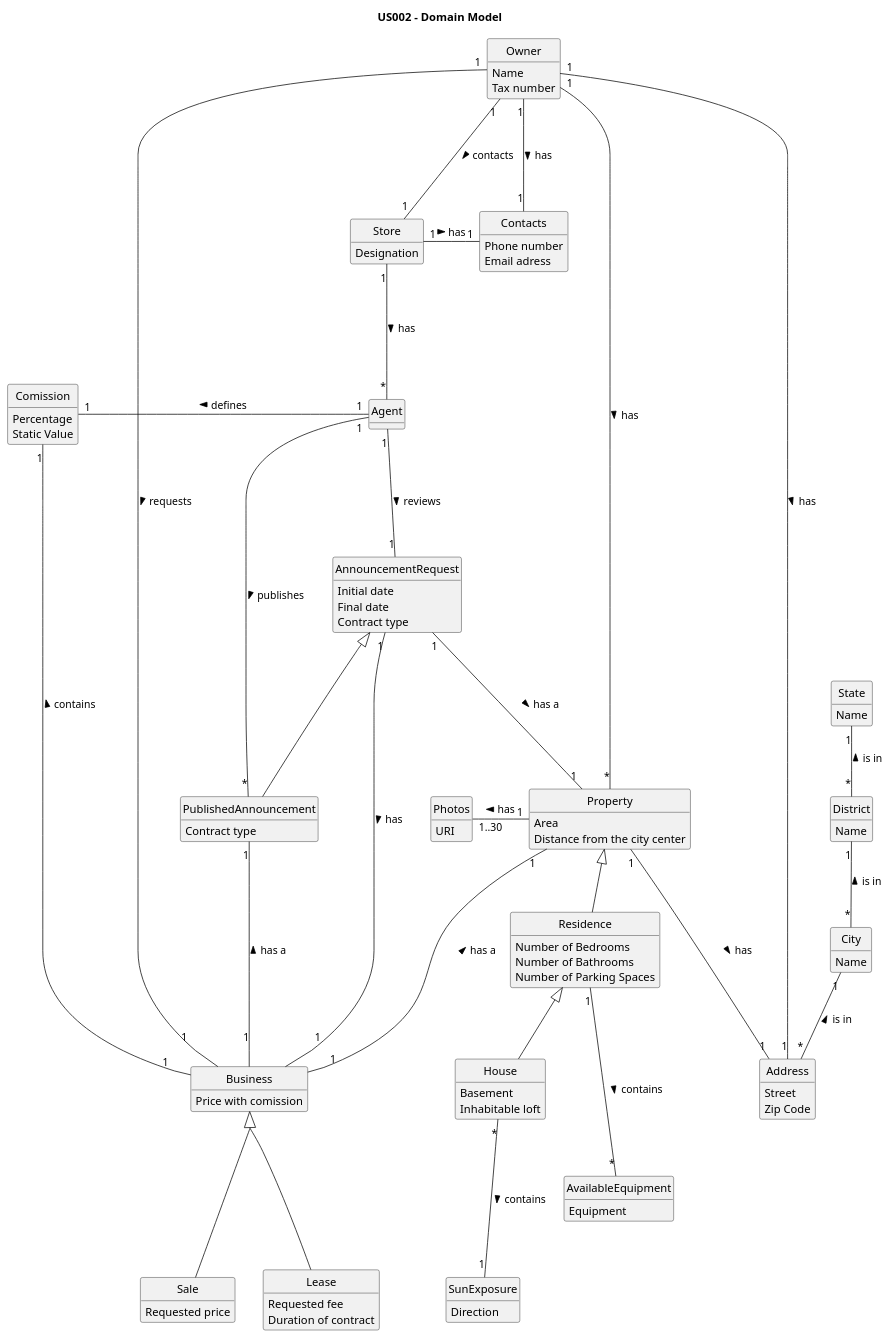
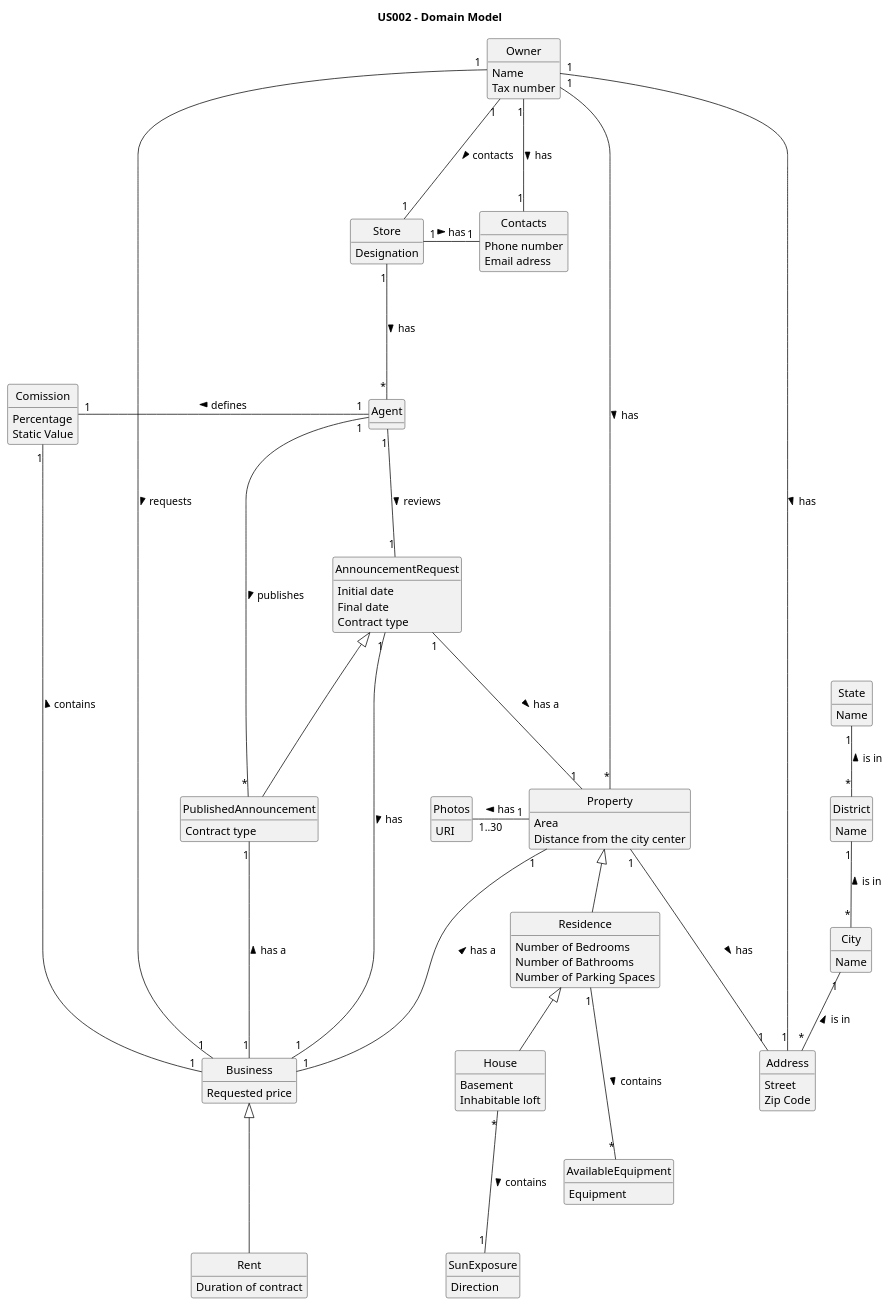
The diagram in docs/sprintB/US02/02.analysis/puml/us02-domain-model.puml (PureNimble/ISEP-LAPR2), drawn with PlantUML before and after one commit. The commit also changed 1 other file, not shown here.

Commit message:
Updated Class Diagram and Domain Model

```diff
--- a/docs/sprintB/US02/02.analysis/puml/us02-domain-model.puml
+++ b/docs/sprintB/US02/02.analysis/puml/us02-domain-model.puml
@@ -1,138 +1,133 @@
 @startuml
 
 skinparam groupInheritance 2
 skinparam monochrome true
 skinparam packageStyle rectangle
 skinparam shadowing false
 'skinparam linetype ortho
 'left to right direction
 skinparam classAttributeIconSize 0
 hide circle
 hide methods
 
 title US002 - Domain Model
 
 class Address{
 Street
 Zip Code
 }
 
 class City{
 Name
 }
 
 class District{
 Name
 }
 
 class State{
 Name
 }
 
 
 State "1"-- "*" District: is in <
 District "1"-- "*" City: is in <
 City "1"-- "*" Address: is in <
 
 
 class Contacts {
 Phone number
 Email adress
 }
 
 class Business {
-Price with comission
+Requested price
 }
 
 class Store {
 Designation
 }
 
 class Owner {
 Name
 Tax number
 }
 
 Owner "1" -down-- "1" Contacts: has >
 Store "1" -right-- "1" Contacts: has >
 Address "1" -left-- "1" Owner: has <
 Owner "1" -down-- "1" Store: contacts >
 Agent "*" -up-- "1" Store: has <
 
 
 class Residence {
 Number of Bedrooms
 Number of Bathrooms
 Number of Parking Spaces
  }
 
 class Property {
 Area
 Distance from the city center
 }
 
 class Photos{
 URI
 }
 
 class House {
 Basement
 Inhabitable loft
 }
 
 class SunExposure {
 Direction
 }
 
 class AvailableEquipment {
 Equipment
 }
 
 Residence <|-down- House
 Property <|-down- Residence
 Property "1" -left-- "1..30" Photos: has >
 SunExposure "1" -up-- "*" House: contains <
 Address "1" -up-- "1" Property: has <
 Owner "1" -down-- "*" Property: has >
 AvailableEquipment "*" -up-- "1" Residence: contains <
 
 
 
 class Comission{
 Percentage
 Static Value
 }
 
-class Sale{
-Requested price
-}
-
-class Lease {
-Requested fee
+class Rent {
 Duration of contract
 }
 
 class AnnouncementRequest{
 Initial date
 Final date
 Contract type
 }
 
 class PublishedAnnouncement {
 Contract type
 }
 
 Comission "1" -right-- "1" Agent: defines <
 Comission "1" --- "1" Business: contains <
 Owner "1" --- "1" Business: requests >
 Property "1" --- "1" Business: has a <
 AnnouncementRequest "1" --- "1" Business: has >
 Agent "1" --- "1" AnnouncementRequest : reviews >
 AnnouncementRequest "1" --- "1" Property: has a >
 AnnouncementRequest  <|---  PublishedAnnouncement
 PublishedAnnouncement "*" --- "1" Agent: publishes <
 PublishedAnnouncement "1" --- "1" Business: has a <
-Business <|--- Lease
-Business <|--- Sale
+Business <|--- Rent
+
 
 @enduml
```
